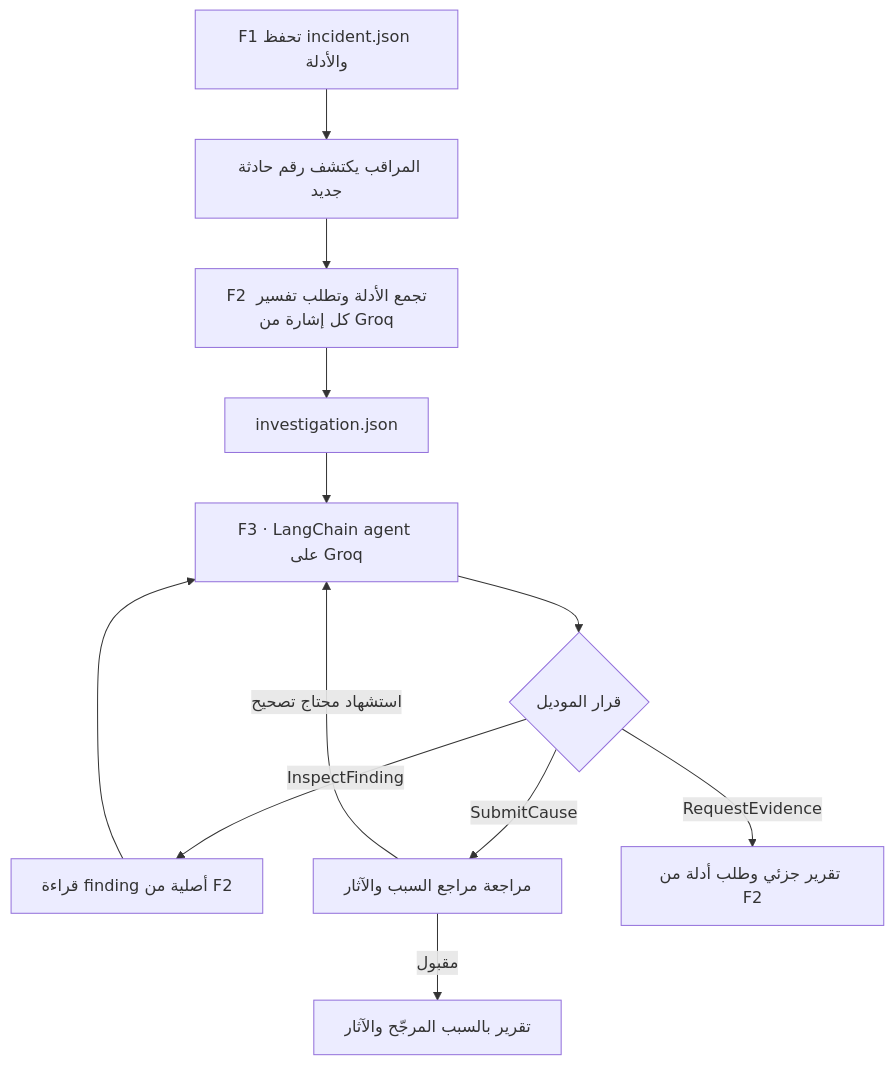
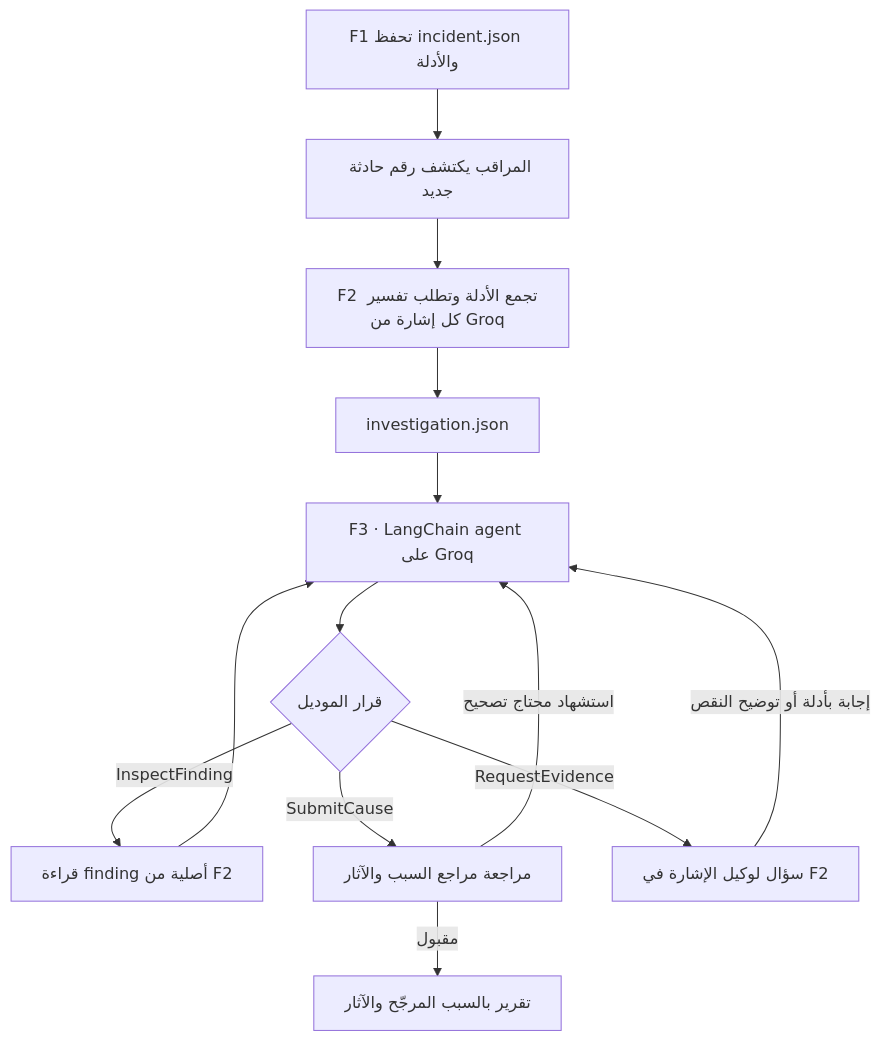
One commit to MuhamedRagabbb/Observa changed the diagram in correlation_agent/FEATURE_GUIDE_AR.md. Above: the diagram before and after it, drawn with Mermaid. The commit also changed other lines of this file and 24 other files, not shown here.

````diff
--- a/correlation_agent/FEATURE_GUIDE_AR.md
+++ b/correlation_agent/FEATURE_GUIDE_AR.md
@@ -9,14 +9,15 @@
 ```mermaid
 flowchart TD
     F1["F1 تحفظ incident.json والأدلة"] --> W["المراقب يكتشف رقم حادثة جديد"]
     W --> F2["F2 تجمع الأدلة وتطلب تفسير كل إشارة من Groq"]
     F2 --> I["investigation.json"]
     I --> A["F3 · LangChain agent على Groq"]
     A --> D{"قرار الموديل"}
     D -->|InspectFinding| E["قراءة finding أصلية من F2"]
     E --> A
     D -->|SubmitCause| V["مراجعة مراجع السبب والآثار"]
     V -->|استشهاد محتاج تصحيح| A
     V -->|مقبول| R["تقرير بالسبب المرجّح والآثار"]
-    D -->|RequestEvidence| P["تقرير جزئي وطلب أدلة من F2"]
+    D -->|RequestEvidence| P["سؤال لوكيل الإشارة في F2"]
+    P -->|إجابة بأدلة أو توضيح النقص| A
 ```
````
